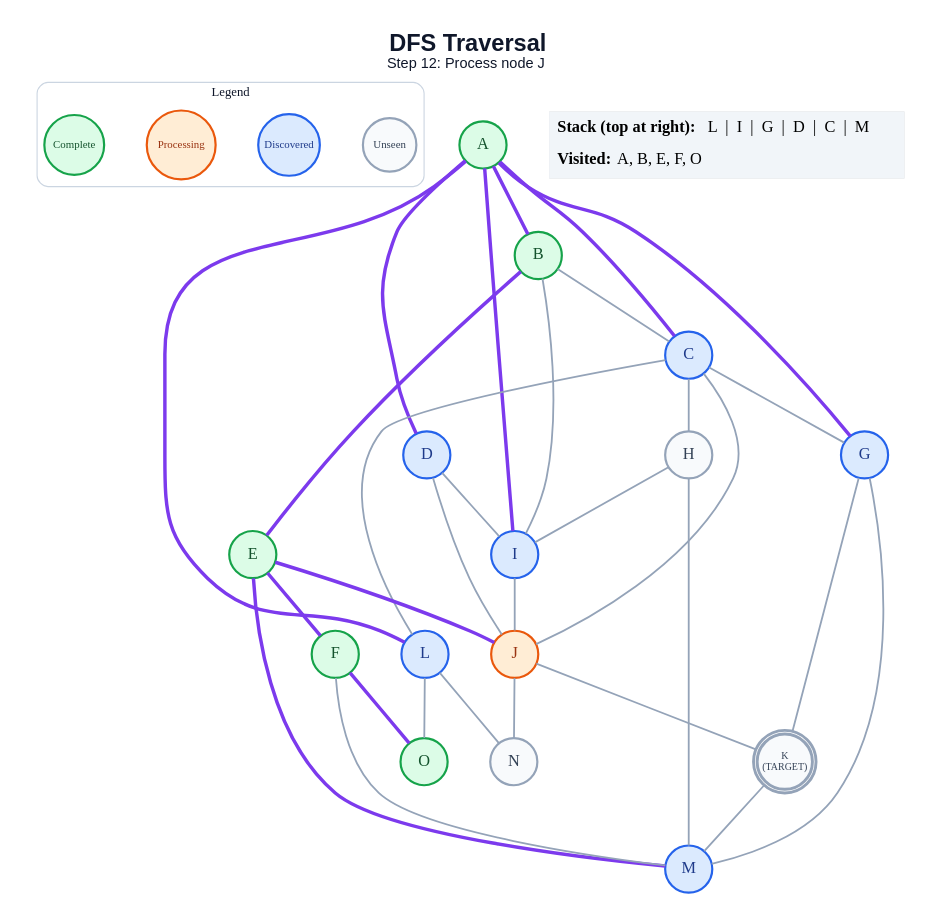
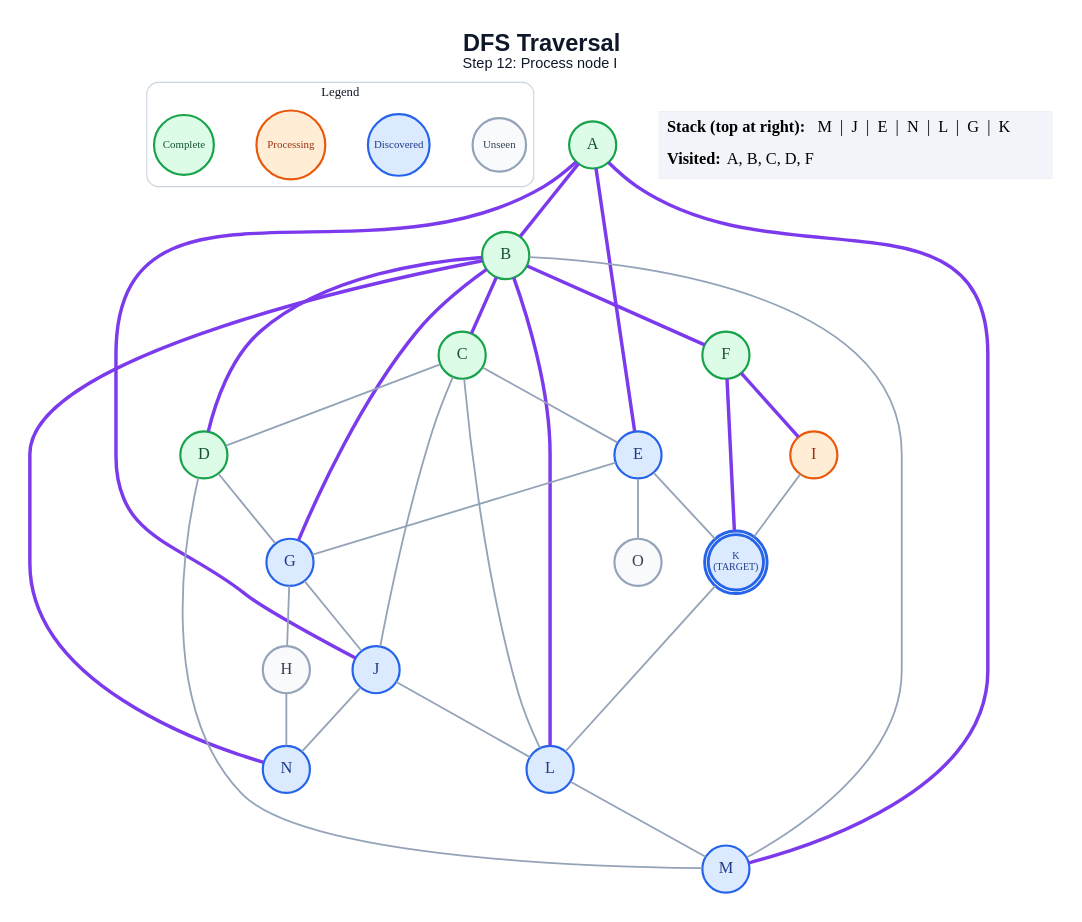
Before and after one commit to anon7238593-create/ai-slop: the diagram in generated/dfs/step_12.dot, drawn with Graphviz. The commit also changed 235 other files, not shown here.

```diff
--- a/generated/dfs/step_12.dot
+++ b/generated/dfs/step_12.dot
@@ -1,64 +1,64 @@
 graph traversal {
   graph [layout=dot, rankdir=TB, bgcolor="#FFFFFF", pad="0.35", nodesep="0.65", ranksep="0.8", fontname="Arial"];
   node [shape=circle, style="filled", fontname="Arial Bold", fontsize=18, width=0.72, fixedsize=true, penwidth=2.4];
   edge [color="#94A3B8", penwidth=2.0];
-  label=<<B>DFS Traversal</B><BR/><FONT POINT-SIZE="16">Step 12: Process node J</FONT>>; labelloc="t"; fontsize=26; fontname="Arial"; fontcolor="#0F172A";
+  label=<<B>DFS Traversal</B><BR/><FONT POINT-SIZE="16">Step 12: Process node I</FONT>>; labelloc="t"; fontsize=26; fontname="Arial"; fontcolor="#0F172A";
   subgraph cluster_legend { label="Legend"; color="#CBD5E1"; penwidth=1.2; style="rounded"; fontsize=14; fontname="Arial Bold";
     key_unseen [label="Unseen", fillcolor="#F8FAFC", color="#94A3B8", fontcolor="#334155", fontsize=12, width=0.82];
     key_frontier [label="Discovered", fillcolor="#DBEAFE", color="#2563EB", fontcolor="#1E3A8A", fontsize=12, width=0.95];
     key_current [label="Processing", fillcolor="#FFEDD5", color="#EA580C", fontcolor="#9A3412", fontsize=12, width=1.05];
     key_done [label="Complete", fillcolor="#DCFCE7", color="#16A34A", fontcolor="#14532D", fontsize=12, width=0.92];
     { rank=same; key_unseen; key_frontier; key_current; key_done; }
   }
   A [label="A", fillcolor="#DCFCE7", color="#16A34A", fontcolor="#14532D", peripheries=1, penwidth=2.4];
   B [label="B", fillcolor="#DCFCE7", color="#16A34A", fontcolor="#14532D", peripheries=1, penwidth=2.4];
-  C [label="C", fillcolor="#DBEAFE", color="#2563EB", fontcolor="#1E3A8A", peripheries=1, penwidth=2.4];
-  D [label="D", fillcolor="#DBEAFE", color="#2563EB", fontcolor="#1E3A8A", peripheries=1, penwidth=2.4];
-  E [label="E", fillcolor="#DCFCE7", color="#16A34A", fontcolor="#14532D", peripheries=1, penwidth=2.4];
+  C [label="C", fillcolor="#DCFCE7", color="#16A34A", fontcolor="#14532D", peripheries=1, penwidth=2.4];
+  D [label="D", fillcolor="#DCFCE7", color="#16A34A", fontcolor="#14532D", peripheries=1, penwidth=2.4];
+  E [label="E", fillcolor="#DBEAFE", color="#2563EB", fontcolor="#1E3A8A", peripheries=1, penwidth=2.4];
   F [label="F", fillcolor="#DCFCE7", color="#16A34A", fontcolor="#14532D", peripheries=1, penwidth=2.4];
   G [label="G", fillcolor="#DBEAFE", color="#2563EB", fontcolor="#1E3A8A", peripheries=1, penwidth=2.4];
   H [label="H", fillcolor="#F8FAFC", color="#94A3B8", fontcolor="#334155", peripheries=1, penwidth=2.4];
-  I [label="I", fillcolor="#DBEAFE", color="#2563EB", fontcolor="#1E3A8A", peripheries=1, penwidth=2.4];
-  J [label="J", fillcolor="#FFEDD5", color="#EA580C", fontcolor="#9A3412", peripheries=1, penwidth=2.4];
-  K [label="K\n(TARGET)", fillcolor="#F8FAFC", color="#94A3B8", fontcolor="#334155", peripheries=2, penwidth=3.2, fontsize=11, width=0.85, height=0.85];
+  I [label="I", fillcolor="#FFEDD5", color="#EA580C", fontcolor="#9A3412", peripheries=1, penwidth=2.4];
+  J [label="J", fillcolor="#DBEAFE", color="#2563EB", fontcolor="#1E3A8A", peripheries=1, penwidth=2.4];
+  K [label="K\n(TARGET)", fillcolor="#DBEAFE", color="#2563EB", fontcolor="#1E3A8A", peripheries=2, penwidth=3.2, fontsize=11, width=0.85, height=0.85];
   L [label="L", fillcolor="#DBEAFE", color="#2563EB", fontcolor="#1E3A8A", peripheries=1, penwidth=2.4];
   M [label="M", fillcolor="#DBEAFE", color="#2563EB", fontcolor="#1E3A8A", peripheries=1, penwidth=2.4];
-  N [label="N", fillcolor="#F8FAFC", color="#94A3B8", fontcolor="#334155", peripheries=1, penwidth=2.4];
-  O [label="O", fillcolor="#DCFCE7", color="#16A34A", fontcolor="#14532D", peripheries=1, penwidth=2.4];
+  N [label="N", fillcolor="#DBEAFE", color="#2563EB", fontcolor="#1E3A8A", peripheries=1, penwidth=2.4];
+  O [label="O", fillcolor="#F8FAFC", color="#94A3B8", fontcolor="#334155", peripheries=1, penwidth=2.4];
   A -- B [color="#7C3AED", penwidth=3.8];
-  A -- C [color="#7C3AED", penwidth=3.8];
-  A -- D [color="#7C3AED", penwidth=3.8];
-  A -- G [color="#7C3AED", penwidth=3.8];
-  A -- I [color="#7C3AED", penwidth=3.8];
-  A -- L [color="#7C3AED", penwidth=3.8];
-  B -- C;
-  B -- E [color="#7C3AED", penwidth=3.8];
-  B -- I;
-  C -- G;
-  C -- H;
+  A -- E [color="#7C3AED", penwidth=3.8];
+  A -- J [color="#7C3AED", penwidth=3.8];
+  A -- M [color="#7C3AED", penwidth=3.8];
+  B -- C [color="#7C3AED", penwidth=3.8];
+  B -- D [color="#7C3AED", penwidth=3.8];
+  B -- F [color="#7C3AED", penwidth=3.8];
+  B -- G [color="#7C3AED", penwidth=3.8];
+  B -- L [color="#7C3AED", penwidth=3.8];
+  B -- M;
+  B -- N [color="#7C3AED", penwidth=3.8];
+  C -- D;
+  C -- E;
   C -- J;
   C -- L;
-  D -- I;
-  D -- J;
-  E -- F [color="#7C3AED", penwidth=3.8];
-  E -- J [color="#7C3AED", penwidth=3.8];
-  E -- M [color="#7C3AED", penwidth=3.8];
-  F -- M;
-  F -- O [color="#7C3AED", penwidth=3.8];
-  G -- K;
-  G -- M;
-  H -- I;
-  H -- M;
-  I -- J;
-  J -- K;
+  D -- G;
+  D -- M;
+  E -- G;
+  E -- K;
+  E -- O;
+  F -- I [color="#7C3AED", penwidth=3.8];
+  F -- K [color="#7C3AED", penwidth=3.8];
+  G -- H;
+  G -- J;
+  H -- N;
+  I -- K;
+  J -- L;
   J -- N;
-  K -- M;
-  L -- N;
-  L -- O;
+  K -- L;
+  L -- M;
   status [shape=plain, fixedsize=false, width=0, height=0, margin=0, label=<
     <TABLE BORDER="0" CELLBORDER="0" CELLPADDING="7" BGCOLOR="#F1F5F9">
-      <TR><TD ALIGN="LEFT"><B>Stack (top at right):</B> L  |  I  |  G  |  D  |  C  |  M</TD></TR>
-      <TR><TD ALIGN="LEFT"><B>Visited:</B> A, B, E, F, O</TD></TR>
+      <TR><TD ALIGN="LEFT"><B>Stack (top at right):</B> M  |  J  |  E  |  N  |  L  |  G  |  K</TD></TR>
+      <TR><TD ALIGN="LEFT"><B>Visited:</B> A, B, C, D, F</TD></TR>
     </TABLE>
   >];
 }
```
